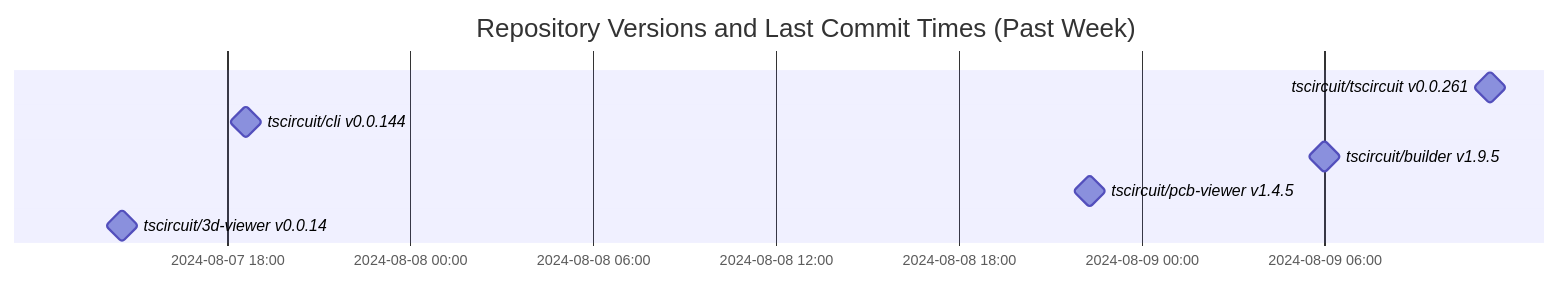
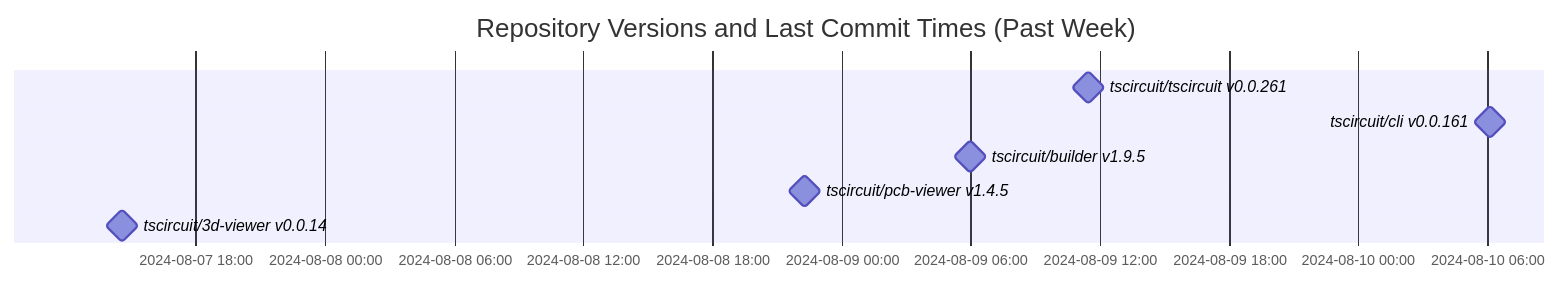
The diagram in README.md (tscircuit/version-tracker), drawn with Mermaid before and after one commit.

Commit message:
Update chart

````diff
--- a/README.md
+++ b/README.md
@@ -1,12 +1,12 @@
 ```mermaid
 gantt
   dateFormat  YYYY-MM-DD HH:mm:ss
   title Repository Versions and Last Commit Times (Past Week)
   axisFormat %Y-%m-%d %H:%M
 
   tscircuit/tscircuit v0.0.261 : milestone, 2024-08-09 11:27:18, 1s
-  tscircuit/cli v0.0.144 : milestone, 2024-08-07 18:37:38, 1s
+  tscircuit/cli v0.0.161 : milestone, 2024-08-10 06:07:57, 1s
   tscircuit/builder v1.9.5 : milestone, 2024-08-09 06:00:02, 1s
   tscircuit/pcb-viewer v1.4.5 : milestone, 2024-08-08 22:18:20, 1s
   tscircuit/3d-viewer v0.0.14 : milestone, 2024-08-07 14:34:01, 1s
 ```
````
